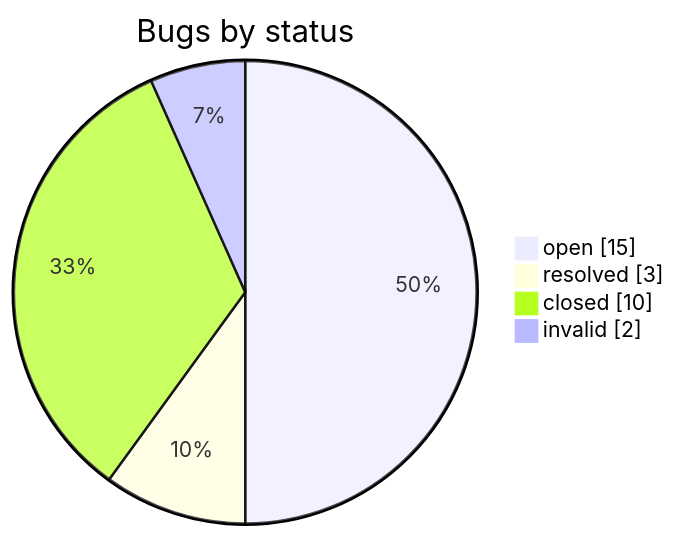
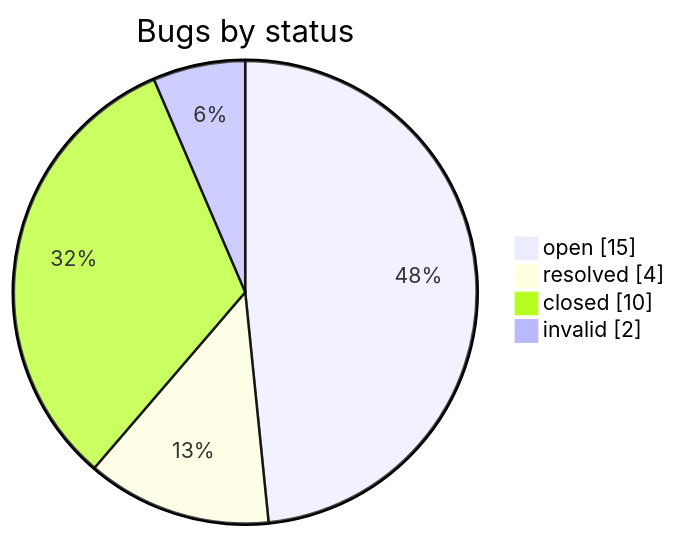
One commit to iammaxsu/automatic-testing-architecture changed the second of 2 diagrams in STATUS.md. Above: the diagram before and after it, drawn with Mermaid. The commit also changed other lines of this file and 4 other files, not shown here.

````diff
--- a/STATUS.md
+++ b/STATUS.md
@@ -163,7 +163,7 @@
 ```mermaid
 pie showData title Bugs by status
     "open" : 15
-    "resolved" : 3
+    "resolved" : 4
     "closed" : 10
     "invalid" : 2
 ```
````
